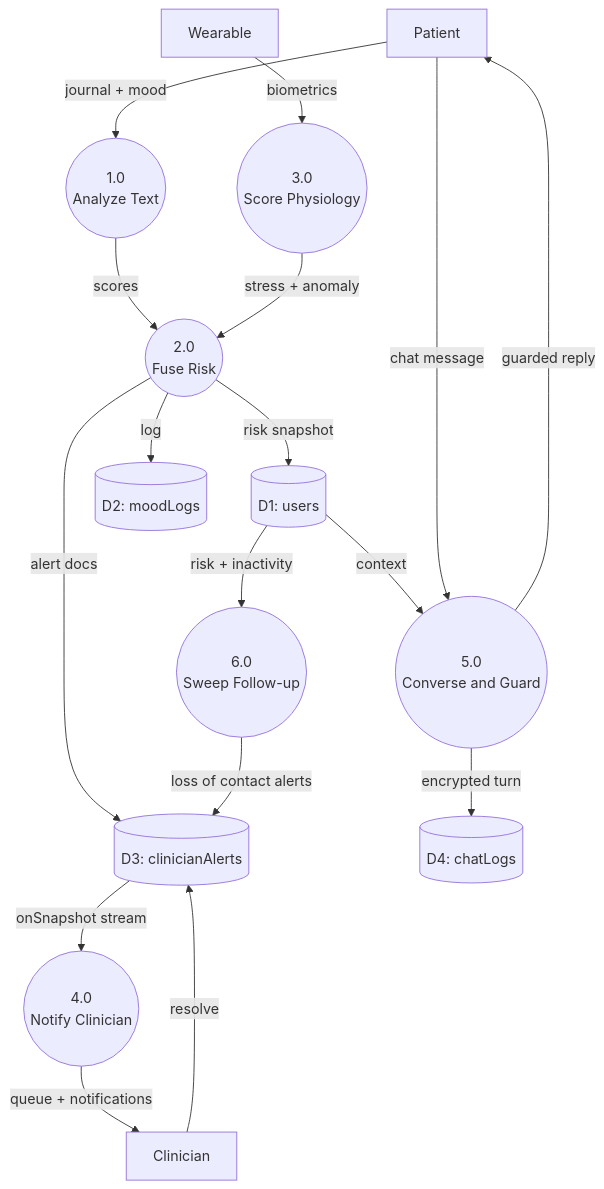
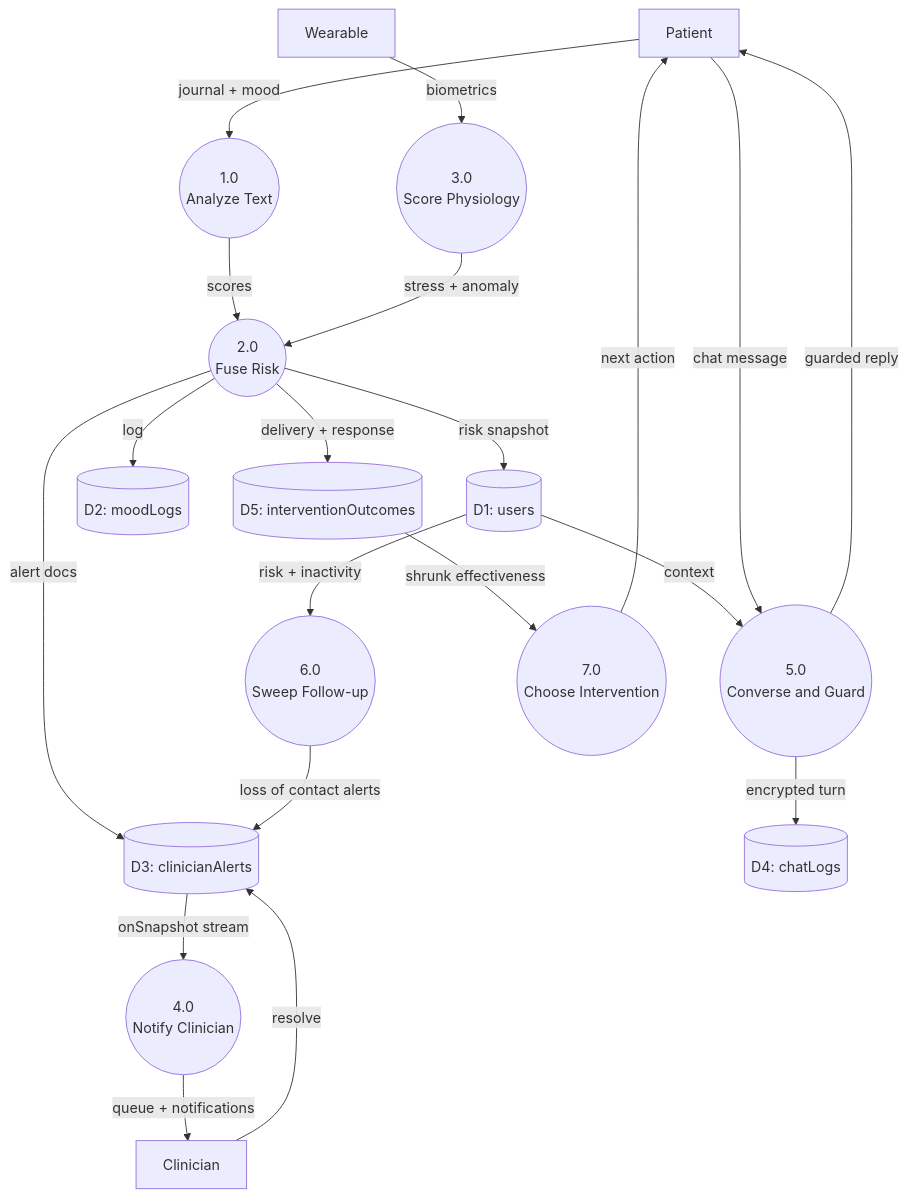
Before and after one commit to KARTHIKAKRISHNA123/niranthara-ai-powered-mental-health-continuity: diagram 14 of 14 in README.md, drawn with Mermaid. The commit also changed other lines of this file and 16 other files, not shown here.

````diff
--- a/README.md
+++ b/README.md
@@ -607,19 +653,22 @@
 ```mermaid
 graph TD
-  E1["Patient"] -->|"journal + mood"| P1(("1.0\nAnalyze Text"))
-  P1 -->|"scores"| P2(("2.0\nFuse Risk"))
-  E2["Wearable"] -->|"biometrics"| P3(("3.0\nScore Physiology"))
+  E1["Patient"] -->|"journal + mood"| P1(("1.0<br/>Analyze Text"))
+  P1 -->|"scores"| P2(("2.0<br/>Fuse Risk"))
+  E2["Wearable"] -->|"biometrics"| P3(("3.0<br/>Score Physiology"))
   P3 -->|"stress + anomaly"| P2
   P2 -->|"risk snapshot"| D1[("D1: users")]
   P2 -->|"log"| D2[("D2: moodLogs")]
   P2 -->|"alert docs"| D3[("D3: clinicianAlerts")]
-  D3 -->|"onSnapshot stream"| P4(("4.0\nNotify Clinician"))
+  D3 -->|"onSnapshot stream"| P4(("4.0<br/>Notify Clinician"))
   P4 -->|"queue + notifications"| E3["Clinician"]
   E3 -->|"resolve"| D3
-  D1 -->|"context"| P5(("5.0\nConverse and Guard"))
+  D1 -->|"context"| P5(("5.0<br/>Converse and Guard"))
   E1 -->|"chat message"| P5
   P5 -->|"encrypted turn"| D4[("D4: chatLogs")]
   P5 -->|"guarded reply"| E1
-  D1 -->|"risk + inactivity"| P6(("6.0\nSweep Follow-up"))
+  D1 -->|"risk + inactivity"| P6(("6.0<br/>Sweep Follow-up"))
   P6 -->|"loss of contact alerts"| D3
+  P2 -->|"delivery + response"| D5[("D5: interventionOutcomes")]
+  D5 -->|"shrunk effectiveness"| P7(("7.0<br/>Choose Intervention"))
+  P7 -->|"next action"| E1
 ```
````
